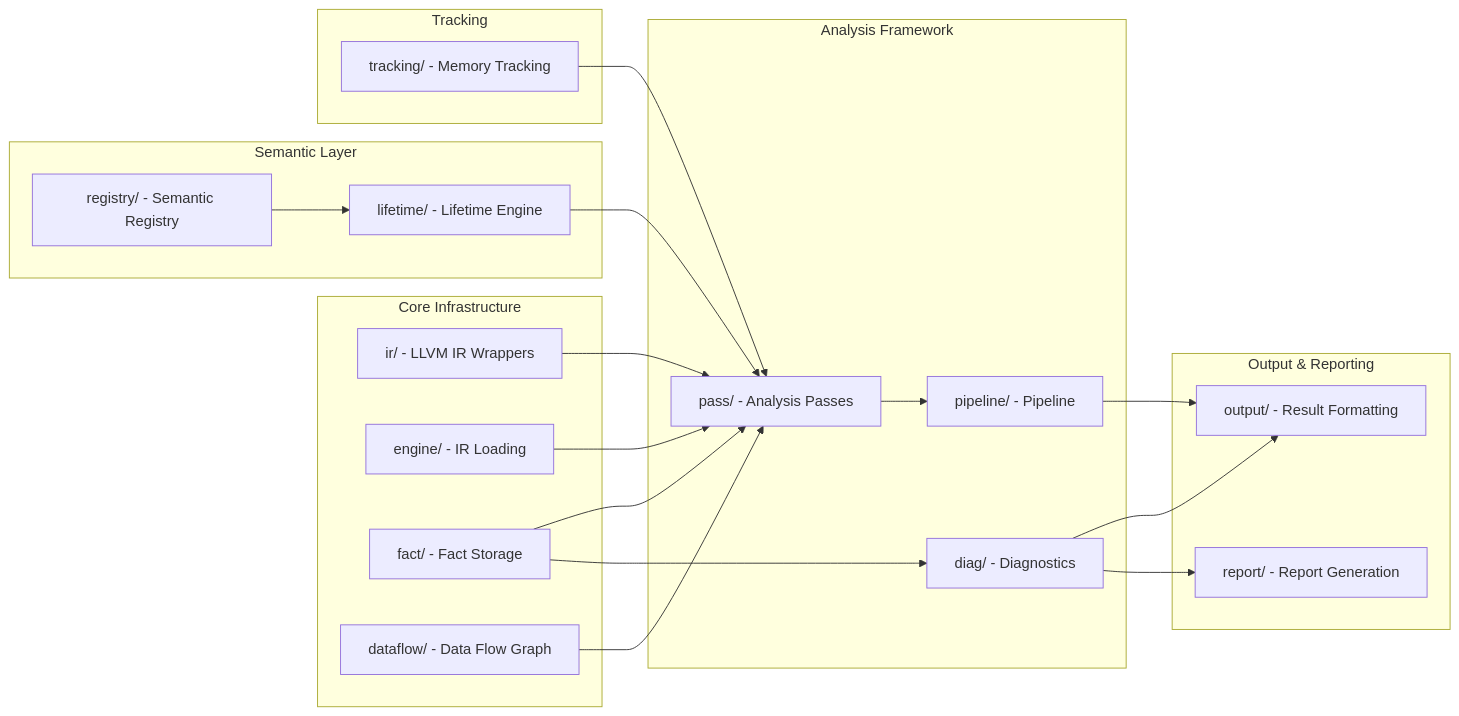
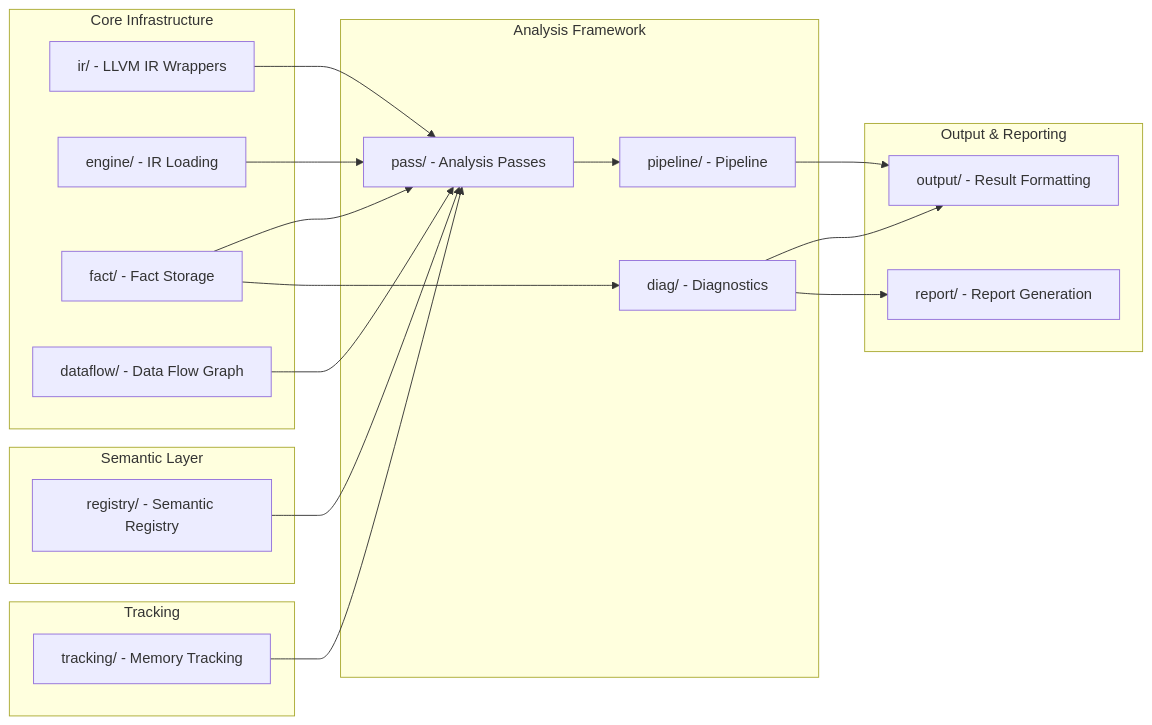
One commit to Timwood0x10/OmniScope changed the second of 5 diagrams in docs/architecture.md. Above: the diagram before and after it, drawn with Mermaid. The commit also changed other lines of this file and 101 other files, not shown here.

````diff
--- a/docs/architecture.md
+++ b/docs/architecture.md
@@ -74,42 +157,40 @@
 ```mermaid
 graph LR
     subgraph Core["Core Infrastructure"]
         IR["ir/ - LLVM IR Wrappers"]
         ENG["engine/ - IR Loading"]
         FCT["fact/ - Fact Storage"]
         DF["dataflow/ - Data Flow Graph"]
     end
 
     subgraph Analysis["Analysis Framework"]
         PAS["pass/ - Analysis Passes"]
         PIP["pipeline/ - Pipeline"]
         DIG["diag/ - Diagnostics"]
     end
 
     subgraph Semantic["Semantic Layer"]
         REG["registry/ - Semantic Registry"]
-        LFT["lifetime/ - Lifetime Engine"]
     end
 
     subgraph Output["Output & Reporting"]
         OUT["output/ - Result Formatting"]
         REP["report/ - Report Generation"]
     end
 
     subgraph Track["Tracking"]
         TRK["tracking/ - Memory Tracking"]
     end
 
     IR --> PAS
     ENG --> PAS
     FCT --> PAS
     FCT --> DIG
     PAS --> PIP
     DIG --> OUT
     DIG --> REP
     PIP --> OUT
-    REG --> LFT
-    LFT --> PAS
+    REG --> PAS
     DF --> PAS
     TRK --> PAS
 ```
````
